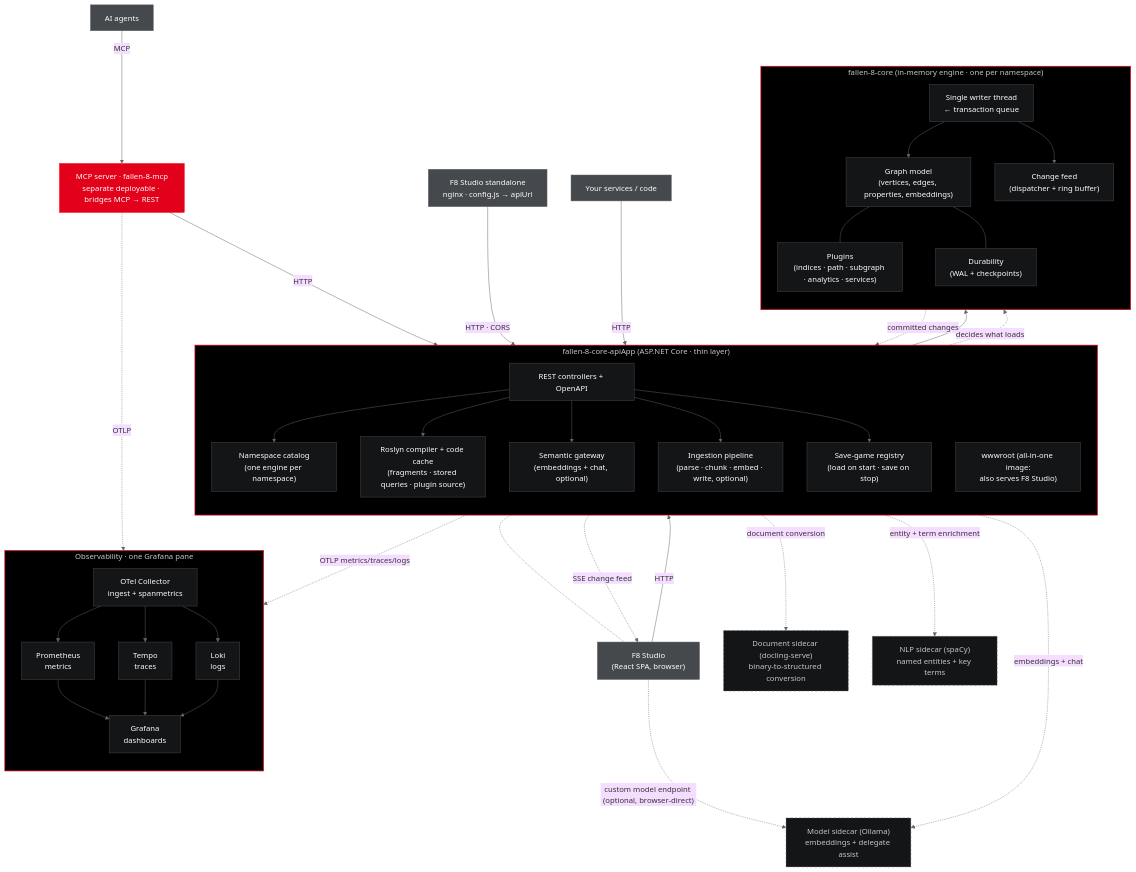
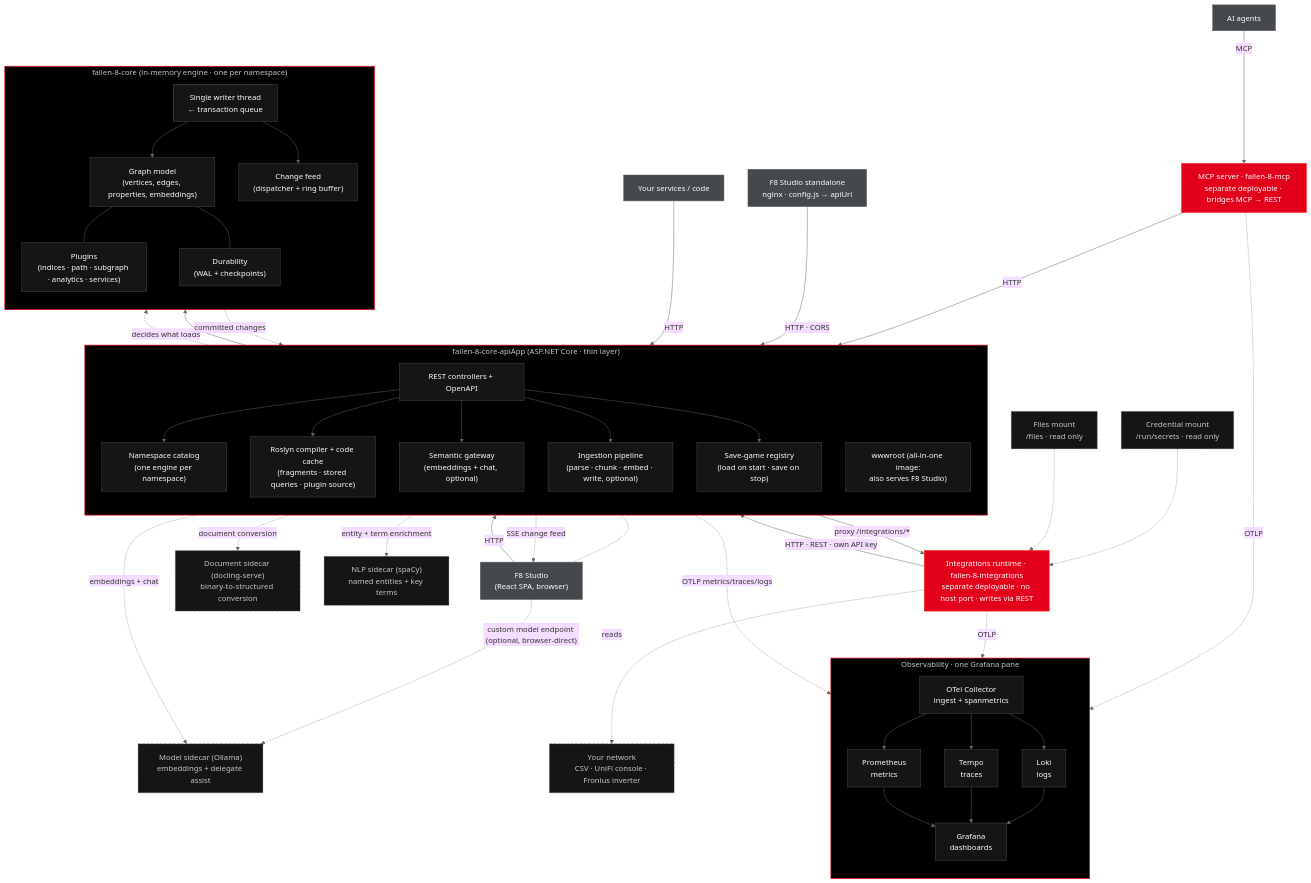
Before and after one commit to cosh/fallen-8-core: the diagram in docs/src/content/docs/architecture.md, drawn with Mermaid. The commit also changed other lines of this file and 25 other files, not shown here.

```diff
--- a/docs/src/content/docs/architecture.md
+++ b/docs/src/content/docs/architecture.md
@@ -41,6 +43,10 @@
     sidecar["Model sidecar (Ollama)<br/>embeddings + delegate assist"]:::ext
     docling["Document sidecar (docling-serve)<br/>binary-to-structured conversion"]:::ext
     nlp["NLP sidecar (spaCy)<br/>named entities + key terms"]:::ext
+    integrations["Integrations runtime · fallen-8-integrations<br/>separate deployable · no host port · writes via REST"]:::mcp
+    creds["Credential mount<br/>/run/secrets · read only"]:::ext
+    files["Files mount<br/>/files · read only"]:::ext
+    sources["Your network<br/>CSV · UniFi console · Fronius inverter"]:::ext
 
     subgraph obs["Observability · one Grafana pane"]
         direction TB
@@ -69,11 +75,17 @@
     rest --> semantic
     rest --> ingestion
     rest --> savegames
+    rest -->|proxy /integrations/*| integrations
     semantic -.->|embeddings + chat| sidecar
     ingestion -.->|document conversion| docling
     ingestion -.->|entity + term enrichment| nlp
     rest -.->|OTLP metrics/traces/logs| collector
     mcp -.->|OTLP| collector
+    integrations -->|HTTP · REST · own API key| rest
+    integrations -.->|reads| sources
+    creds -.-> integrations
+    files -.-> integrations
+    integrations -.->|OTLP| collector
     ns --> writer --> model
     model --- plugins
     model --- durab
```
